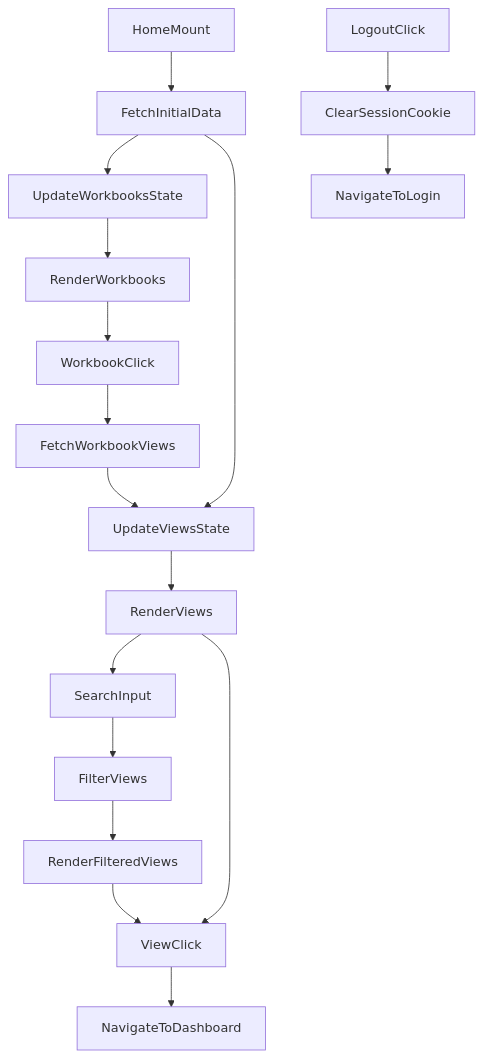
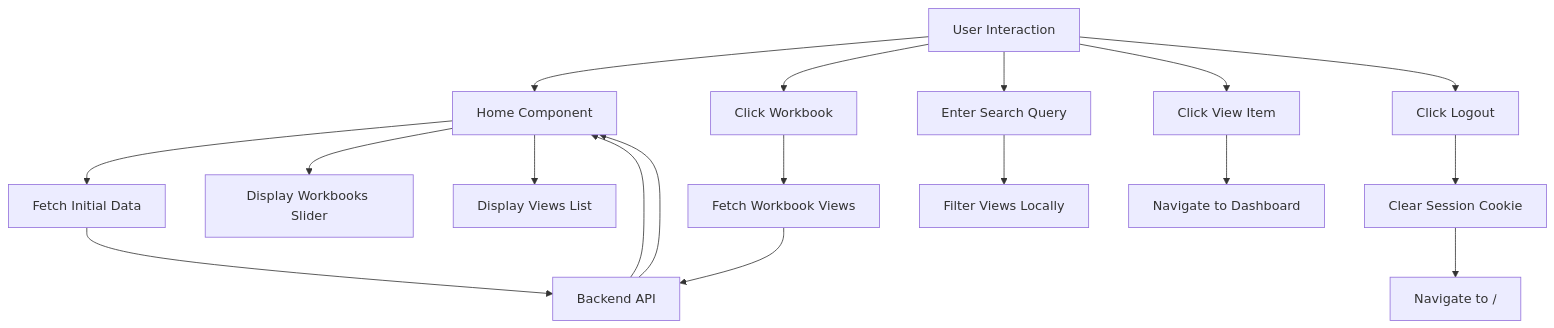
Before and after one commit to test-company-prowiz/tableau-frontend: the diagram in docs/src/Pages/Home.jsx.md, drawn with Mermaid. The commit also changed other lines of this file, not shown here.

Commit message:
docs: auto-generated documentation for docs/src/Pages/Home.jsx.md

````diff
--- a/docs/src/Pages/Home.jsx.md
+++ b/docs/src/Pages/Home.jsx.md
@@ -52,19 +61,20 @@
 ```mermaid
 graph TD
-A[HomeMount] --> B[FetchInitialData]
-B --> C[UpdateWorkbooksState]
-B --> D[UpdateViewsState]
-C --> E[RenderWorkbooks]
-D --> F[RenderViews]
-E --> G[WorkbookClick]
-G --> H[FetchWorkbookViews]
-H --> D
-F --> I[SearchInput]
-I --> J[FilterViews]
-J --> K[RenderFilteredViews]
-F --> L[ViewClick]
-K --> L
-L --> M[NavigateToDashboard]
-N[LogoutClick] --> O[ClearSessionCookie]
-O --> P[NavigateToLogin]
+User[User Interaction] --> HomePage[Home Component]
+HomePage --> FetchInitialData[Fetch Initial Data]
+FetchInitialData --> BackendAPI[Backend API]
+BackendAPI --> HomePage
+HomePage --> DisplayWorkbooks[Display Workbooks Slider]
+HomePage --> DisplayViews[Display Views List]
+User --> ClickWorkbook[Click Workbook]
+ClickWorkbook --> FetchWorkbookViews[Fetch Workbook Views]
+FetchWorkbookViews --> BackendAPI
+BackendAPI --> HomePage
+User --> SearchInput[Enter Search Query]
+SearchInput --> FilterViewsLocally[Filter Views Locally]
+User --> ClickView[Click View Item]
+ClickView --> NavigateDashboard[Navigate to Dashboard]
+User --> ClickLogout[Click Logout]
+ClickLogout --> ClearSessionCookie[Clear Session Cookie]
+ClearSessionCookie --> NavigateRoot[Navigate to /]
 ```
````
